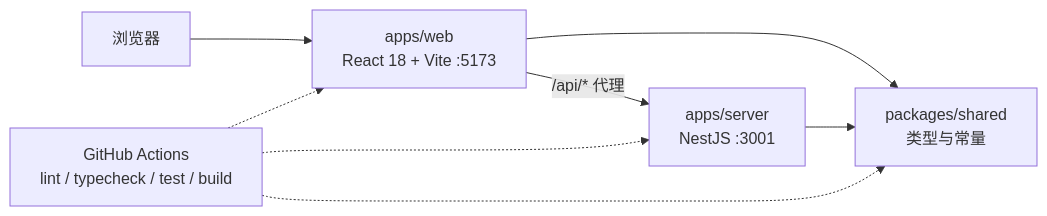
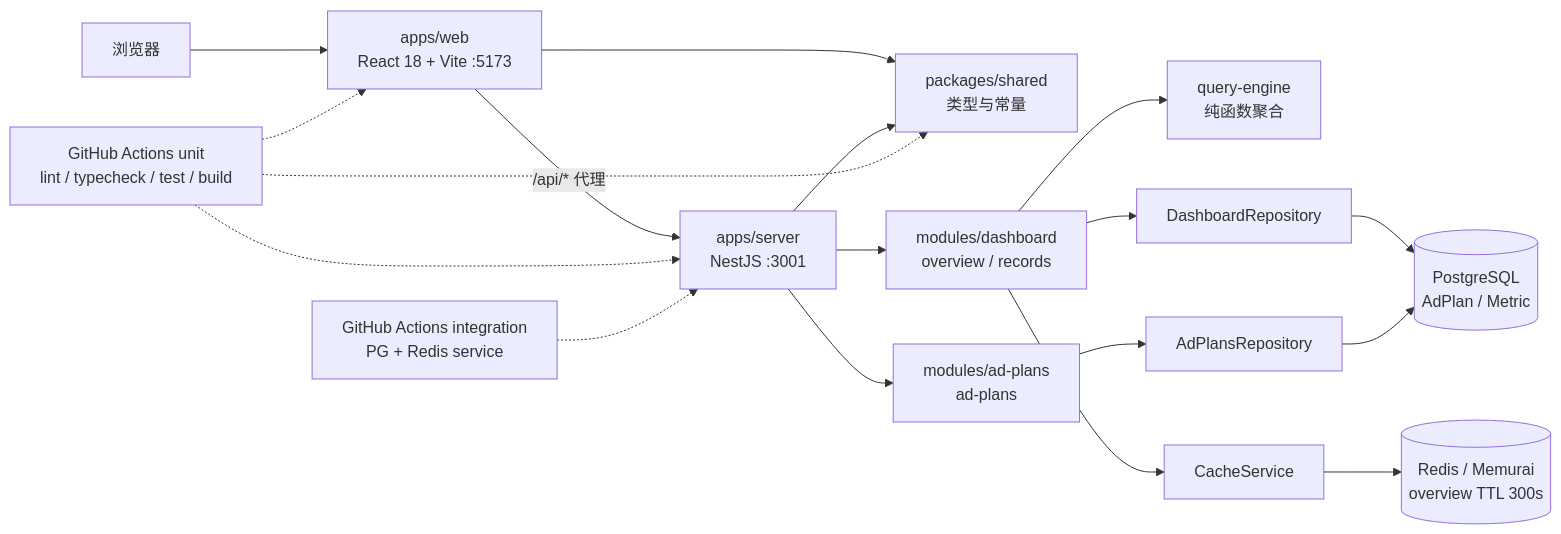
Before and after one commit to aoyanxin/ai-ad-copilot: the diagram in README.md, drawn with Mermaid. The commit also changed other lines of this file and 68 other files, not shown here.

Commit message:
feat: day3 backend api with postgres redis cache and integration tests

````diff
--- a/README.md
+++ b/README.md
@@ -21,10 +21,20 @@
 ```mermaid
 graph LR
   Browser[浏览器] --> Web["apps/web<br/>React 18 + Vite :5173"]
   Web -->|"/api/* 代理"| Server["apps/server<br/>NestJS :3001"]
   Web --> Shared["packages/shared<br/>类型与常量"]
   Server --> Shared
-  CI["GitHub Actions<br/>lint / typecheck / test / build"] -.-> Web
+  Server --> Dashboard["modules/dashboard<br/>overview / records"]
+  Server --> AdPlans["modules/ad-plans<br/>ad-plans"]
+  Dashboard --> Engine["query-engine<br/>纯函数聚合"]
+  Dashboard --> Repo["DashboardRepository"]
+  AdPlans --> Repo2["AdPlansRepository"]
+  Repo --> PG[("PostgreSQL<br/>AdPlan / Metric")]
+  Repo2 --> PG
+  Dashboard --> Cache["CacheService"]
+  Cache --> Redis[("Redis / Memurai<br/>overview TTL 300s")]
+  CI["GitHub Actions unit<br/>lint / typecheck / test / build"] -.-> Web
   CI -.-> Server
   CI -.-> Shared
+  CI2["GitHub Actions integration<br/>PG + Redis service"] -.-> Server
 ```
````
